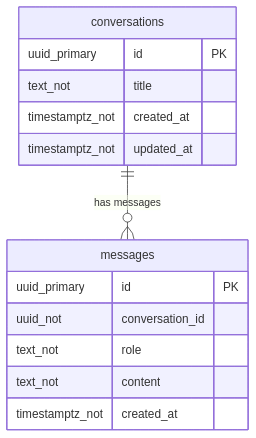
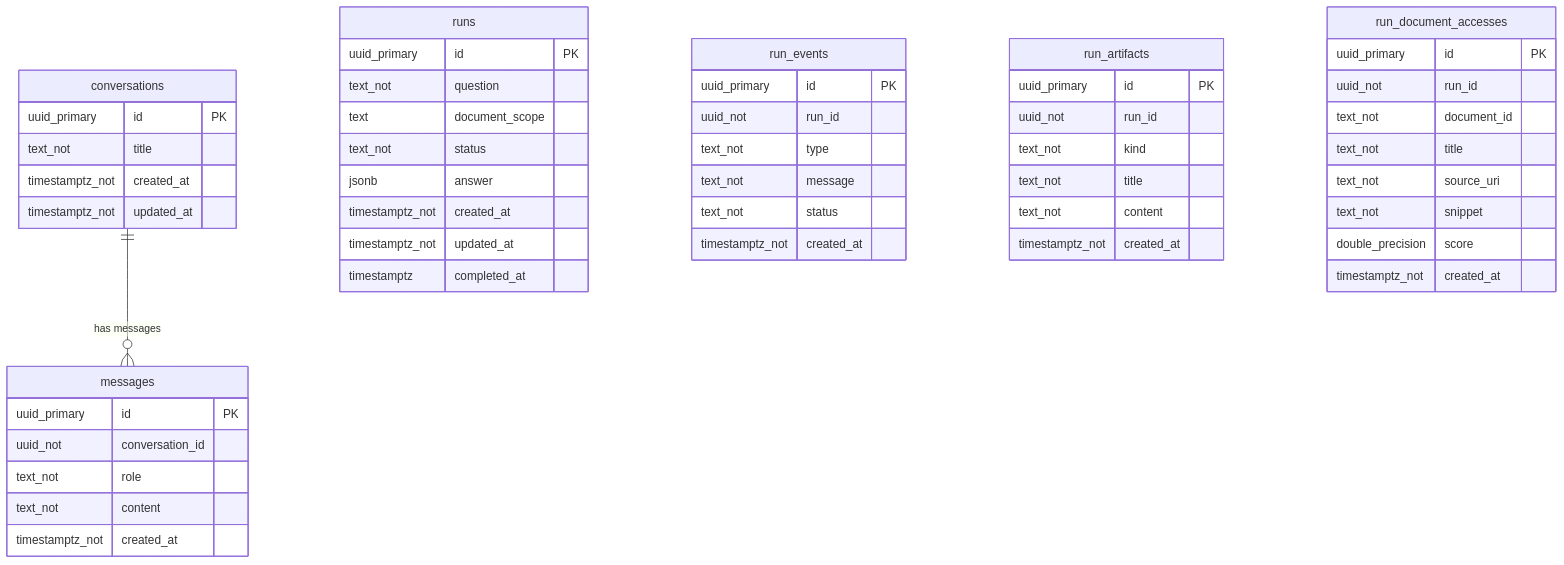
One commit to tsuji-tomonori/agents-sample changed the diagram in docs/database/schema.md. Above: the diagram before and after it, drawn with Mermaid. The commit also changed other lines of this file and 56 other files, not shown here.

````diff
--- a/docs/database/schema.md
+++ b/docs/database/schema.md
@@ -9,17 +9,53 @@
 ```mermaid
 erDiagram
   conversations {
     uuid_primary id PK
     text_not title
     timestamptz_not created_at
     timestamptz_not updated_at
   }
   messages {
     uuid_primary id PK
     uuid_not conversation_id
     text_not role
     text_not content
     timestamptz_not created_at
   }
+  runs {
+    uuid_primary id PK
+    text_not question
+    text document_scope
+    text_not status
+    jsonb answer
+    timestamptz_not created_at
+    timestamptz_not updated_at
+    timestamptz completed_at
+  }
+  run_events {
+    uuid_primary id PK
+    uuid_not run_id
+    text_not type
+    text_not message
+    text_not status
+    timestamptz_not created_at
+  }
+  run_artifacts {
+    uuid_primary id PK
+    uuid_not run_id
+    text_not kind
+    text_not title
+    text_not content
+    timestamptz_not created_at
+  }
+  run_document_accesses {
+    uuid_primary id PK
+    uuid_not run_id
+    text_not document_id
+    text_not title
+    text_not source_uri
+    text_not snippet
+    double_precision score
+    timestamptz_not created_at
+  }
   conversations ||--o{ messages : "has messages"
 ```
````
